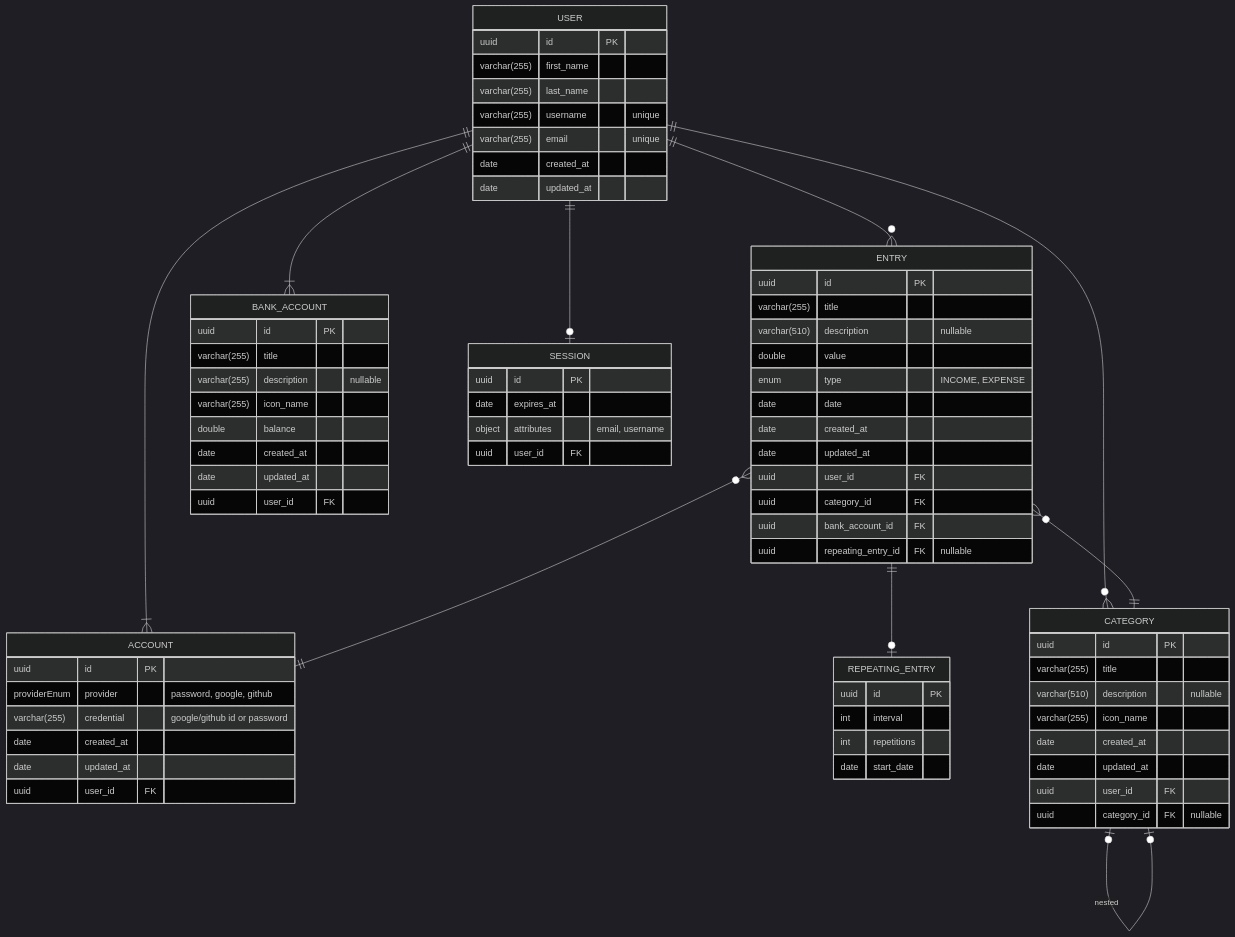
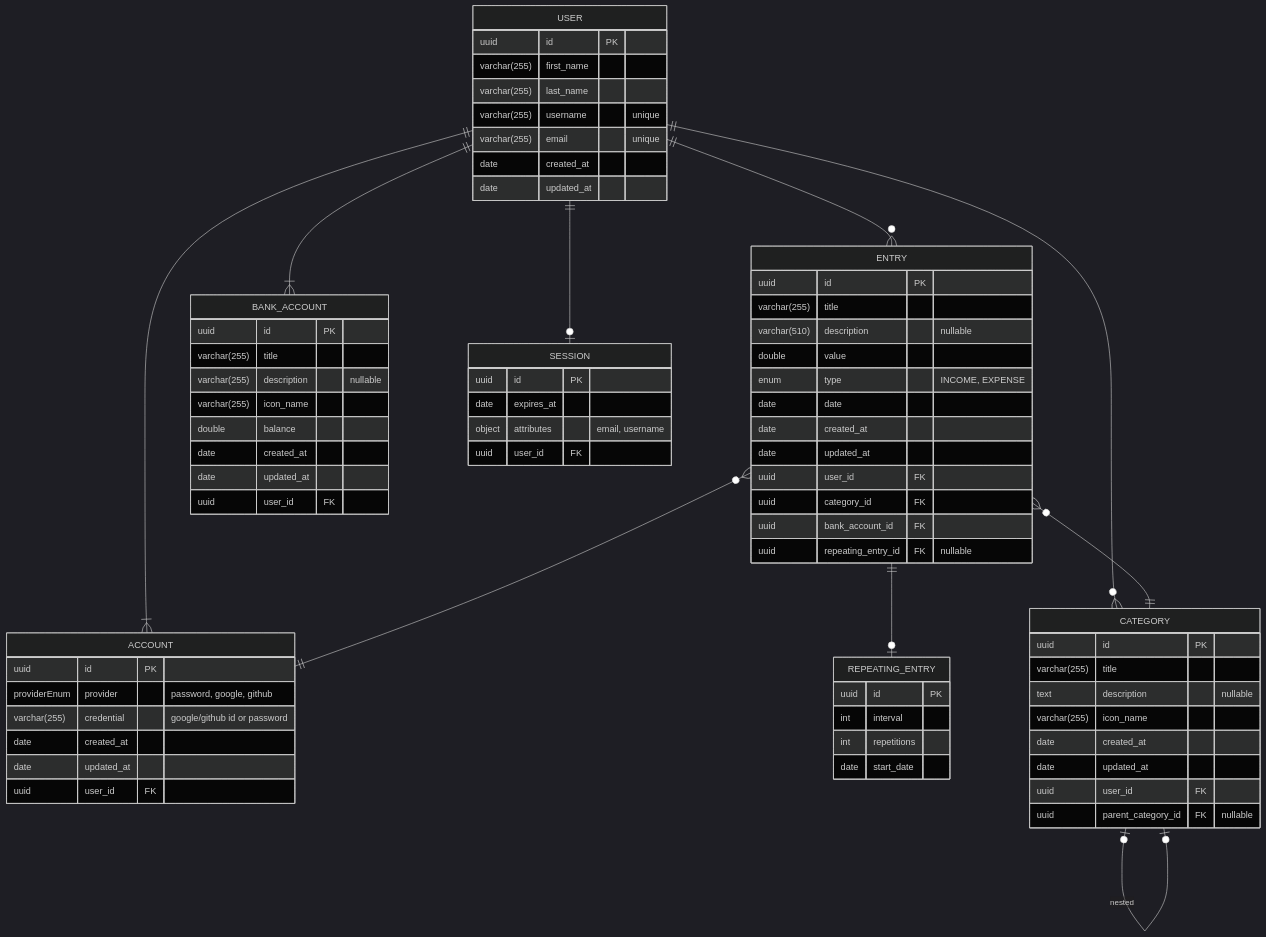
Before and after one commit to CaueMaldonadoLima/Manett: the diagram in docs/entity-relationship.md, drawn with Mermaid. The commit also changed 5 other files, not shown here.

First line of the commit message:
feat: define categories schema

```diff
--- a/docs/entity-relationship.md
+++ b/docs/entity-relationship.md
@@ -54,14 +54,14 @@
     CATEGORY {
         uuid id PK
         varchar(255) title
-        varchar(510) description "nullable"
+        text description "nullable"
         varchar(255) icon_name
         date created_at
         date updated_at
 
         uuid user_id FK
         %% allows for nested categories
-        uuid category_id FK "nullable"
+        uuid parent_category_id FK "nullable"
     }
 
     BANK_ACCOUNT {
```
